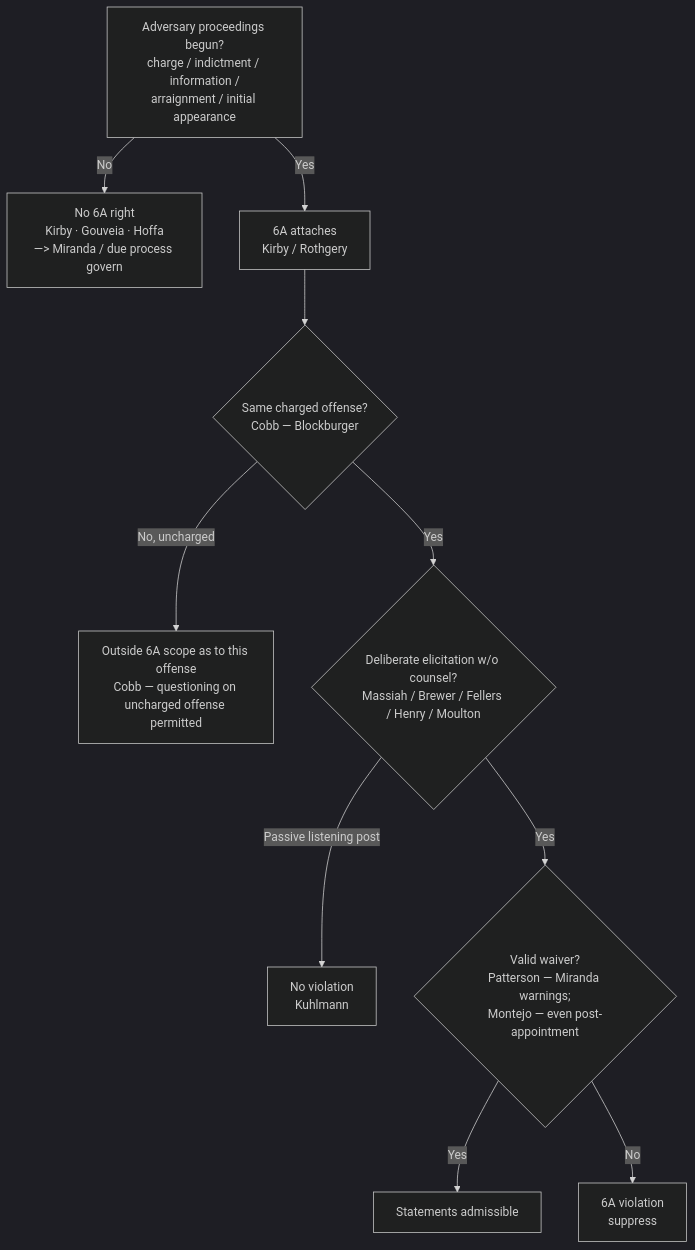
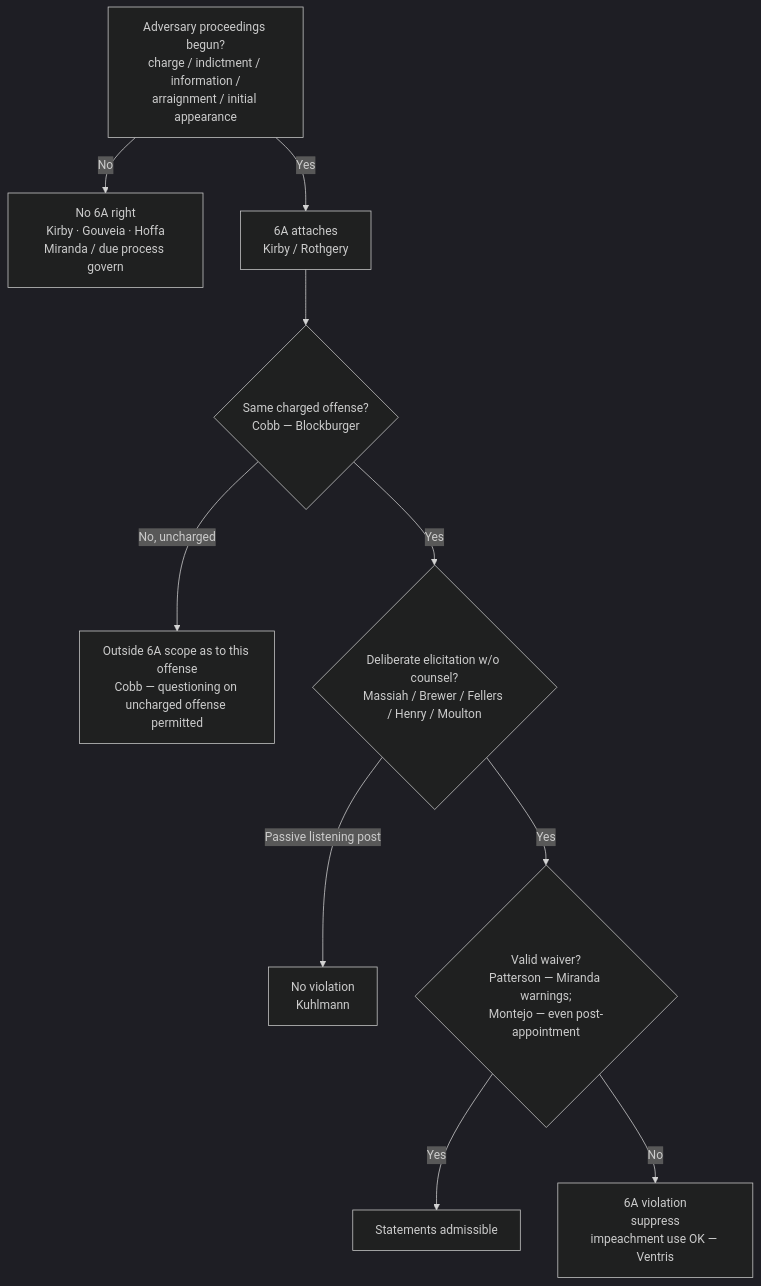
One commit to Enragedsaturday/enragedsaturday.github.io changed the diagram in content/the-right-to-counsel/Sixth Amendment Right to Counsel.md. Above: the diagram before and after it, drawn with Mermaid (dark theme). The commit also changed other lines of this file and 7 other files, not shown here.

````diff
--- a/content/the-right-to-counsel/Sixth Amendment Right to Counsel.md
+++ b/content/the-right-to-counsel/Sixth Amendment Right to Counsel.md
@@ -95,12 +106,12 @@
 ```mermaid
 flowchart TD
-    A[Adversary proceedings begun?<br/>charge / indictment / information /<br/>arraignment / initial appearance] -->|No| B[No 6A right<br/>Kirby · Gouveia · Hoffa<br/>—> Miranda / due process govern]
+    A[Adversary proceedings begun?<br/>charge / indictment / information /<br/>arraignment / initial appearance] -->|No| B[No 6A right<br/>Kirby · Gouveia · Hoffa<br/>Miranda / due process govern]
     A -->|Yes| C[6A attaches<br/>Kirby / Rothgery]
     C --> D{Same charged offense?<br/>Cobb — Blockburger}
     D -->|No, uncharged| J[Outside 6A scope as to this offense<br/>Cobb — questioning on uncharged offense permitted]
     D -->|Yes| E{Deliberate elicitation w/o counsel?<br/>Massiah / Brewer / Fellers / Henry / Moulton}
     E -->|Passive listening post| F[No violation<br/>Kuhlmann]
     E -->|Yes| G{Valid waiver?<br/>Patterson — Miranda warnings;<br/>Montejo — even post-appointment}
     G -->|Yes| H[Statements admissible]
-    G -->|No| I[6A violation<br/>suppress]
+    G -->|No| I[6A violation<br/>suppress<br/>impeachment use OK — Ventris]
 ```
````
